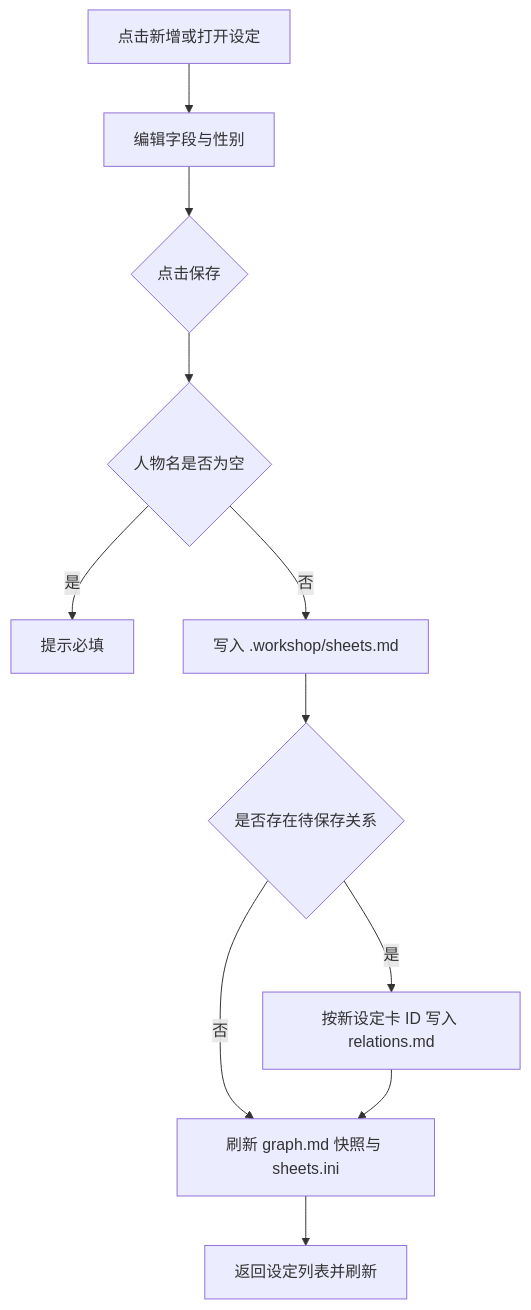
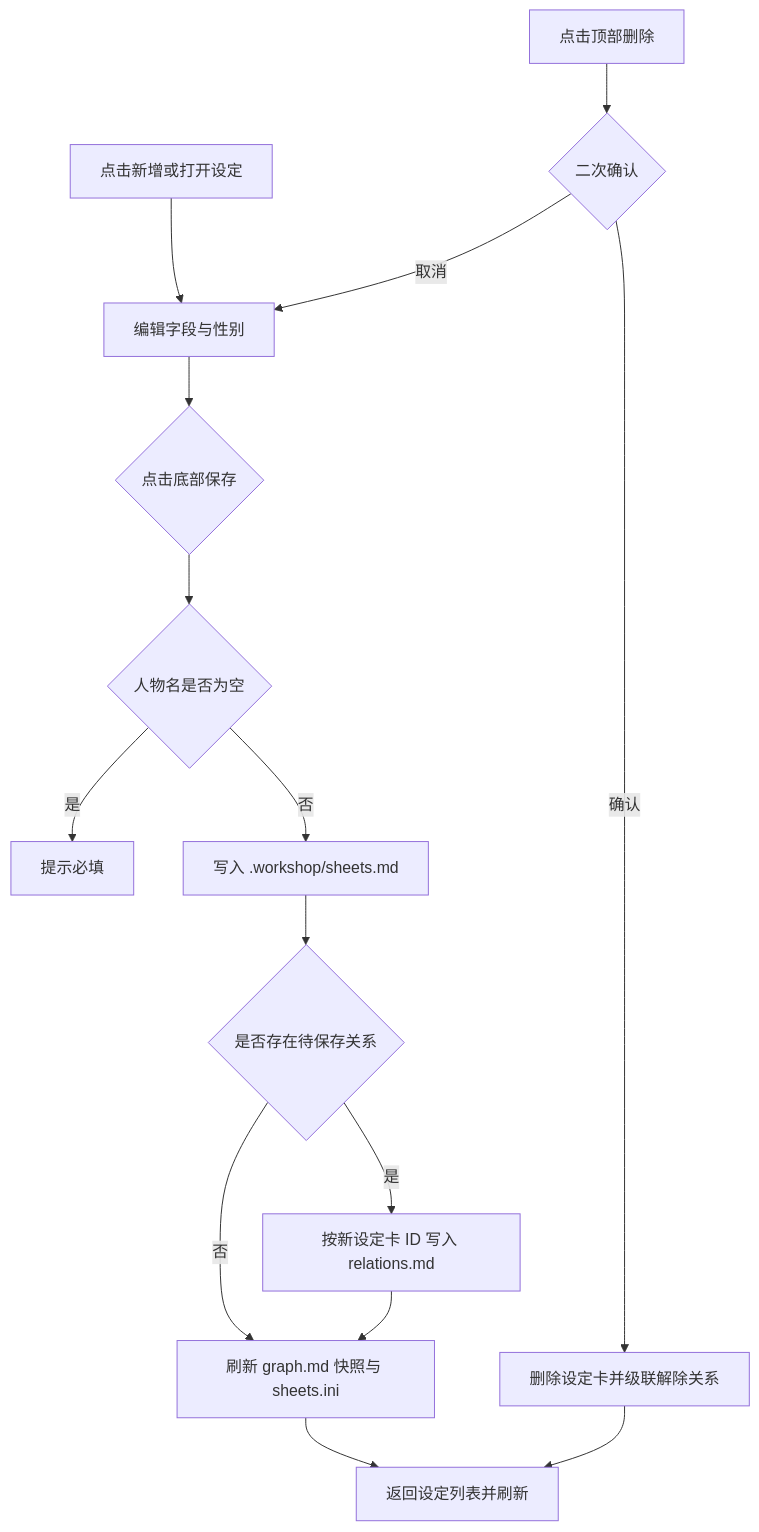
The diagram in docs/prd/04-sheets-and-relations.md (the-writer/creative-workshop), drawn with Mermaid before and after one commit. The commit also changed other lines of this file and 17 other files, not shown here.

````diff
--- a/docs/prd/04-sheets-and-relations.md
+++ b/docs/prd/04-sheets-and-relations.md
@@ -46,13 +46,18 @@
 ```mermaid
 flowchart TD
   A[点击新增或打开设定] --> B[编辑字段与性别]
-  B --> C{点击保存}
+  B --> C{点击底部保存}
   C --> D{人物名是否为空}
   D -- 是 --> E[提示必填]
   D -- 否 --> F[写入 .workshop/sheets.md]
   F --> G{是否存在待保存关系}
   G -- 是 --> H[按新设定卡 ID 写入 relations.md]
   G -- 否 --> I[刷新 graph.md 快照与 sheets.ini]
   H --> I
   I --> J[返回设定列表并刷新]
+
+  K[点击顶部删除] --> L{二次确认}
+  L -- 取消 --> B
+  L -- 确认 --> M[删除设定卡并级联解除关系]
+  M --> J
 ```
````
